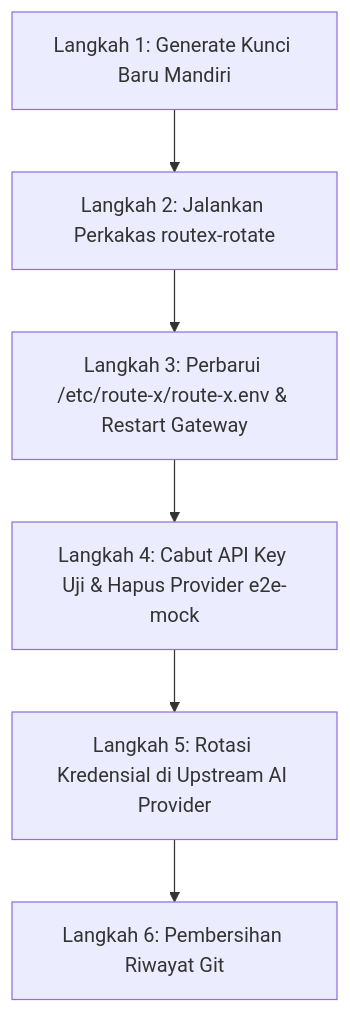
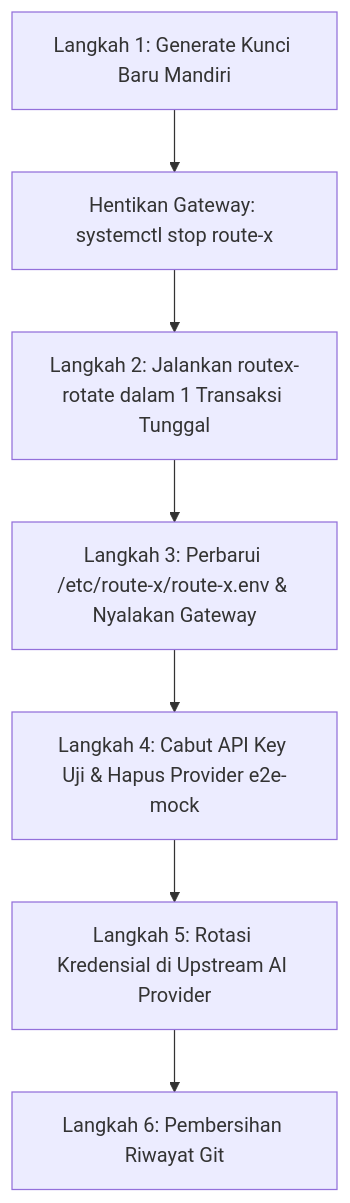
The diagram in docs/ROTASI.md (NexGen-X/Route-X), drawn with Mermaid before and after one commit. The commit also changed other lines of this file and 7 other files, not shown here.

````diff
--- a/docs/ROTASI.md
+++ b/docs/ROTASI.md
@@ -22,8 +22,9 @@
 ```mermaid
 graph TD
-    A[Langkah 1: Generate Kunci Baru Mandiri] --> B[Langkah 2: Jalankan Perkakas routex-rotate]
-    B --> C[Langkah 3: Perbarui /etc/route-x/route-x.env & Restart Gateway]
-    C --> D[Langkah 4: Cabut API Key Uji & Hapus Provider e2e-mock]
-    D --> E[Langkah 5: Rotasi Kredensial di Upstream AI Provider]
-    E --> F[Langkah 6: Pembersihan Riwayat Git]
+    A[Langkah 1: Generate Kunci Baru Mandiri] --> B[Hentikan Gateway: systemctl stop route-x]
+    B --> C[Langkah 2: Jalankan routex-rotate dalam 1 Transaksi Tunggal]
+    C --> D[Langkah 3: Perbarui /etc/route-x/route-x.env & Nyalakan Gateway]
+    D --> E[Langkah 4: Cabut API Key Uji & Hapus Provider e2e-mock]
+    E --> F[Langkah 5: Rotasi Kredensial di Upstream AI Provider]
+    F --> G[Langkah 6: Pembersihan Riwayat Git]
 ```
````
